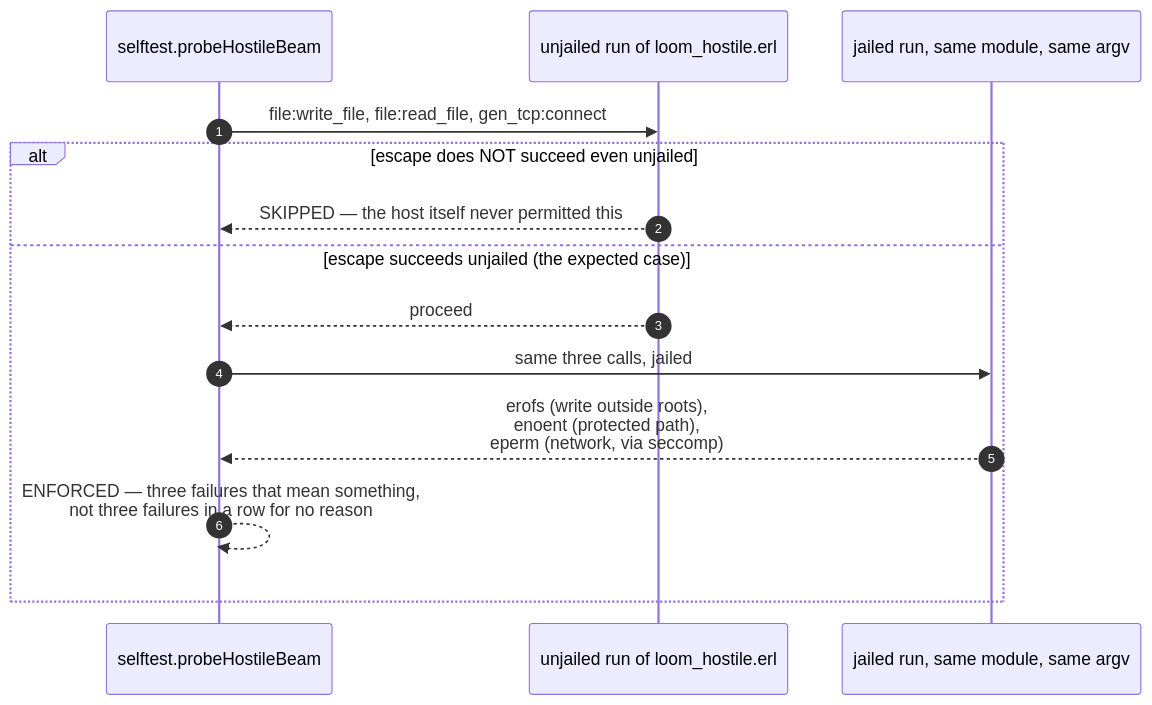
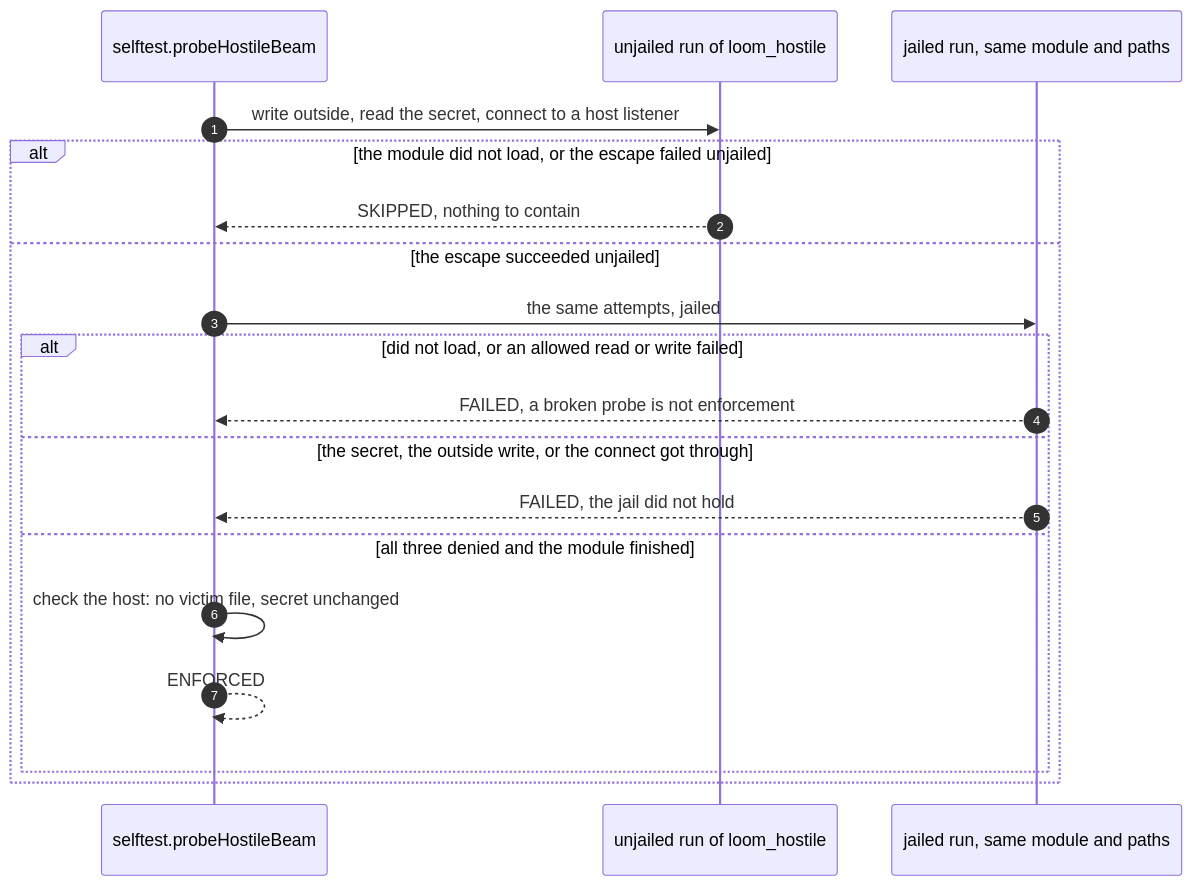
One commit to Roasbeef/loom changed the fourth of 4 diagrams in packages/sandbox/README.md. Above: the diagram before and after it, drawn with Mermaid. The commit also changed other lines of this file, not shown here.

````diff
--- a/packages/sandbox/README.md
+++ b/packages/sandbox/README.md
@@ -131,16 +187,21 @@
 ```mermaid
 sequenceDiagram
     autonumber
     participant Probe as selftest.probeHostileBeam
-    participant U as unjailed run of loom_hostile.erl
-    participant J as jailed run, same module, same argv
-    Probe->>U: file:write_file, file:read_file, gen_tcp:connect
-    alt escape does NOT succeed even unjailed
-        U-->>Probe: SKIPPED — the host itself never permitted this
-    else escape succeeds unjailed (the expected case)
-        U-->>Probe: proceed
-        Probe->>J: same three calls, jailed
-        J-->>Probe: erofs (write outside roots),<br/>enoent (protected path),<br/>eperm (network, via seccomp)
-        Probe-->>Probe: ENFORCED — three failures that mean something,<br/>not three failures in a row for no reason
+    participant U as unjailed run of loom_hostile
+    participant J as jailed run, same module and paths
+    Probe->>U: write outside, read the secret, connect to a host listener
+    alt the module did not load, or the escape failed unjailed
+        U-->>Probe: SKIPPED, nothing to contain
+    else the escape succeeded unjailed
+        Probe->>J: the same attempts, jailed
+        alt did not load, or an allowed read or write failed
+            J-->>Probe: FAILED, a broken probe is not enforcement
+        else the secret, the outside write, or the connect got through
+            J-->>Probe: FAILED, the jail did not hold
+        else all three denied and the module finished
+            Probe->>Probe: check the host: no victim file, secret unchanged
+            Probe-->>Probe: ENFORCED
+        end
     end
 ```
````
